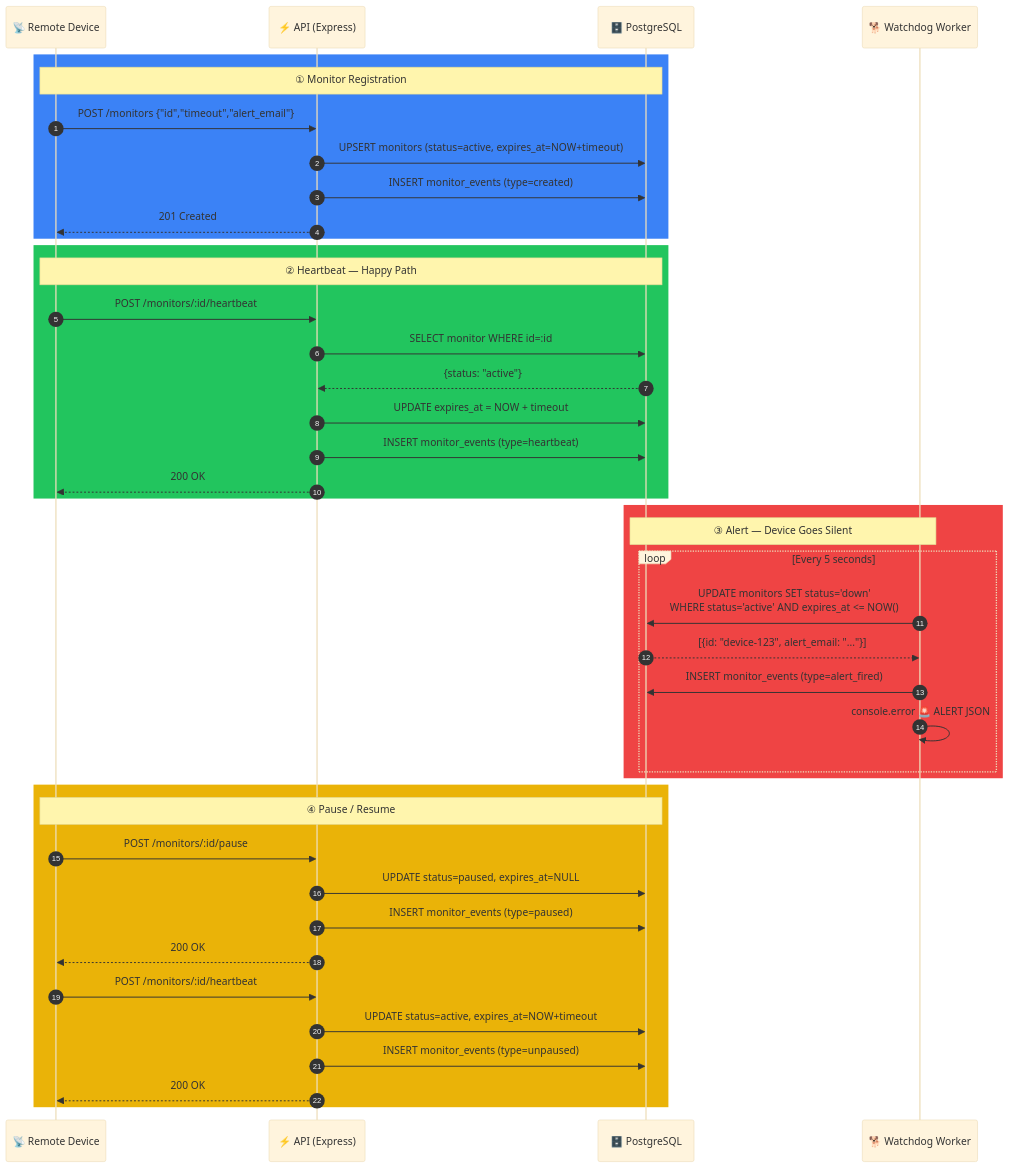
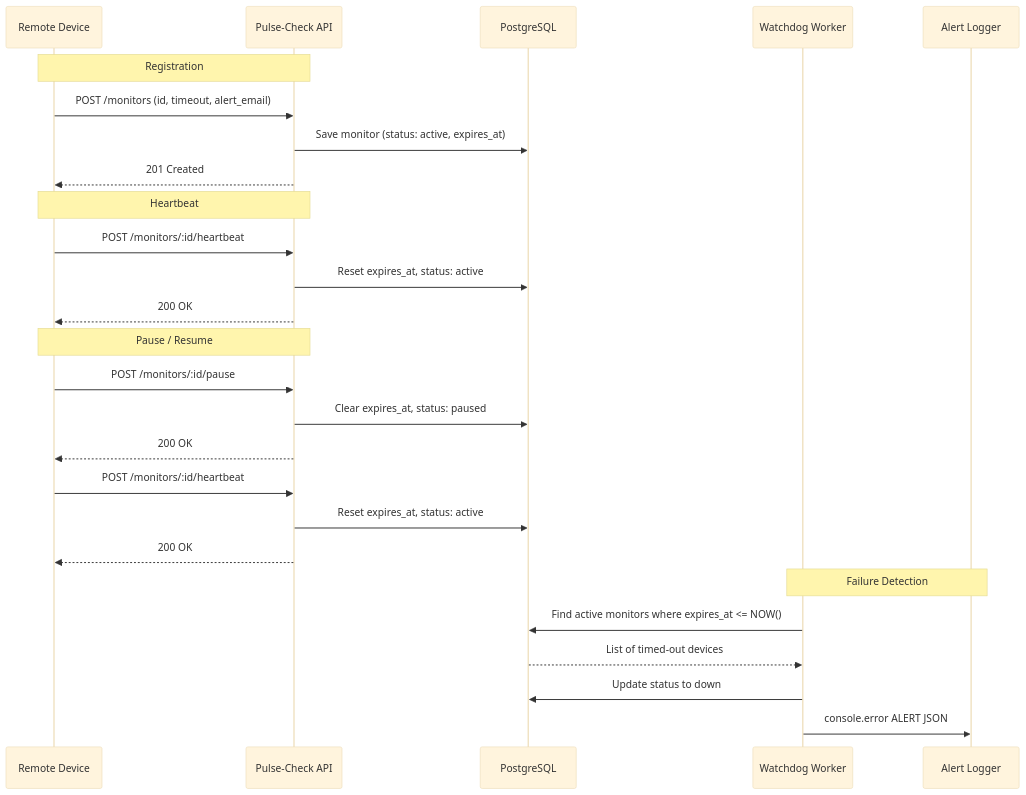
The diagram in README.md (Kelsey-SG/Pulse-Check-API), drawn with Mermaid (base theme) before and after one commit.

Commit message:
Updated sequence diagram in README

````diff
--- a/README.md
+++ b/README.md
@@ -30,49 +32,32 @@
 ```mermaid
 sequenceDiagram
-    autonumber
-    participant D  as 📡 Remote Device
-    participant A  as ⚡ API (Express)
-    participant DB as 🗄️ PostgreSQL
-    participant W  as 🐕 Watchdog Worker
+    participant Device as Remote Device
+    participant API as Pulse-Check API
+    participant DB as PostgreSQL
+    participant Worker as Watchdog Worker
+    participant Alert as Alert Logger
 
-    rect rgb(59, 130, 246)
-        Note over D,DB: ① Monitor Registration
-        D->>A: POST /monitors {"id","timeout","alert_email"}
-        A->>DB: UPSERT monitors (status=active, expires_at=NOW+timeout)
-        A->>DB: INSERT monitor_events (type=created)
-        A-->>D: 201 Created
-    end
+    Note over Device, API: Registration
+    Device->>API: POST /monitors (id, timeout, alert_email)
+    API->>DB: Save monitor (status: active, expires_at)
+    API-->>Device: 201 Created
 
-    rect rgb(34, 197, 94)
-        Note over D,DB: ② Heartbeat — Happy Path
-        D->>A: POST /monitors/:id/heartbeat
-        A->>DB: SELECT monitor WHERE id=:id
-        DB-->>A: {status: "active"}
-        A->>DB: UPDATE expires_at = NOW + timeout
-        A->>DB: INSERT monitor_events (type=heartbeat)
-        A-->>D: 200 OK
-    end
+    Note over Device, API: Heartbeat
+    Device->>API: POST /monitors/:id/heartbeat
+    API->>DB: Reset expires_at, status: active
+    API-->>Device: 200 OK
 
-    rect rgb(239, 68, 68)
-        Note over W,DB: ③ Alert — Device Goes Silent
-        loop Every 5 seconds
-            W->>DB: UPDATE monitors SET status='down'<br/>WHERE status='active' AND expires_at <= NOW()
-            DB-->>W: [{id: "device-123", alert_email: "..."}]
-            W->>DB: INSERT monitor_events (type=alert_fired)
-            W->>W: console.error 🚨 ALERT JSON
-        end
-    end
+    Note over Device, API: Pause / Resume
+    Device->>API: POST /monitors/:id/pause
+    API->>DB: Clear expires_at, status: paused
+    API-->>Device: 200 OK
+    Device->>API: POST /monitors/:id/heartbeat
+    API->>DB: Reset expires_at, status: active
+    API-->>Device: 200 OK
 
-    rect rgb(234, 179, 8)
-        Note over D,DB: ④ Pause / Resume
-        D->>A: POST /monitors/:id/pause
-        A->>DB: UPDATE status=paused, expires_at=NULL
-        A->>DB: INSERT monitor_events (type=paused)
-        A-->>D: 200 OK
-
-        D->>A: POST /monitors/:id/heartbeat
-        A->>DB: UPDATE status=active, expires_at=NOW+timeout
-        A->>DB: INSERT monitor_events (type=unpaused)
-        A-->>D: 200 OK
-    end
+    Note over Worker, Alert: Failure Detection
+    Worker->>DB: Find active monitors where expires_at <= NOW()
+    DB-->>Worker: List of timed-out devices
+    Worker->>DB: Update status to down
+    Worker->>Alert: console.error ALERT JSON
 ```
````
